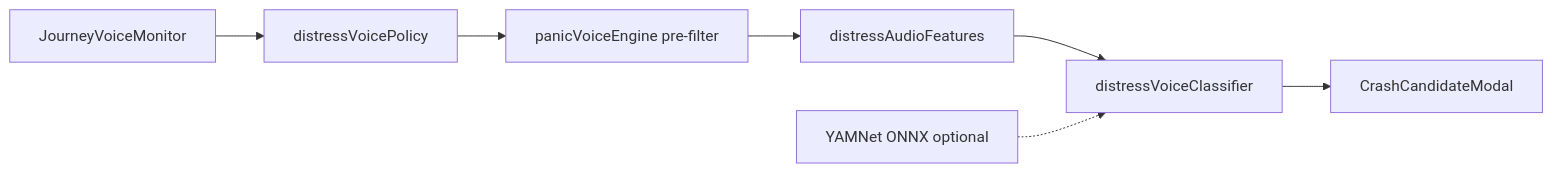
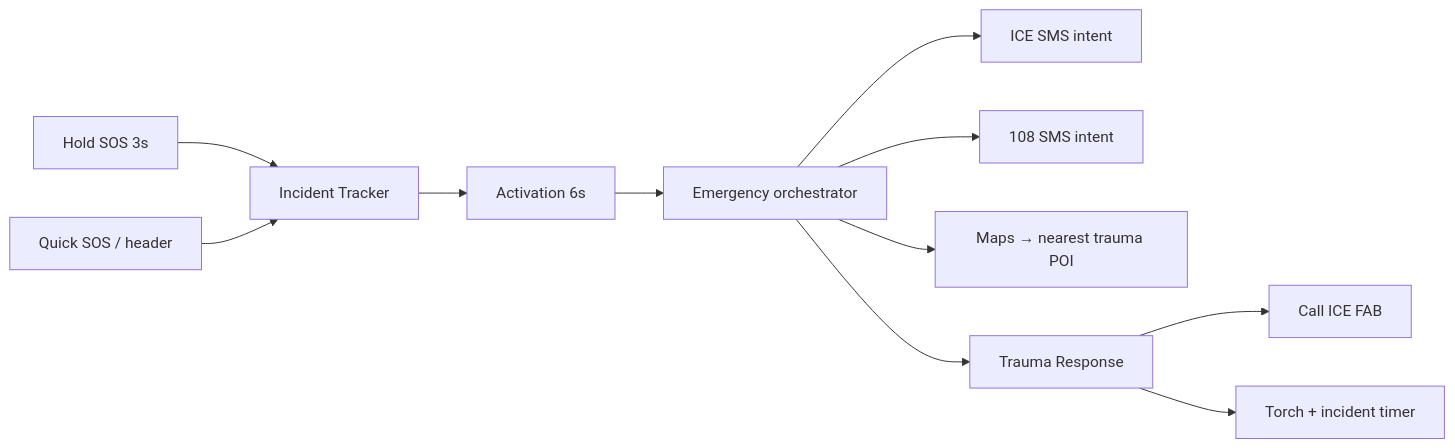
The diagram in novadrive-mobile/README.md (Stormynubee/novadrive), drawn with Mermaid before and after one commit. The commit also changed other lines of this file and 18 other files, not shown here.

````diff
--- a/novadrive-mobile/README.md
+++ b/novadrive-mobile/README.md
@@ -98,9 +59,13 @@
 ```mermaid
 flowchart LR
-  mic[JourneyVoiceMonitor] --> policy[distressVoicePolicy]
-  policy --> pre[panicVoiceEngine pre-filter]
-  pre --> spectral[distressAudioFeatures]
-  spectral --> clf[distressVoiceClassifier]
-  yamnet[YAMNet ONNX optional] -.-> clf
-  clf --> modal[CrashCandidateModal]
+  hold[Hold SOS 3s] --> pick[Incident Tracker]
+  quick[Quick SOS / header] --> pick
+  pick --> act[Activation 6s]
+  act --> orch[Emergency orchestrator]
+  orch --> ice[ICE SMS intent]
+  orch --> sms108[108 SMS intent]
+  orch --> maps[Maps → nearest trauma POI]
+  orch --> trauma[Trauma Response]
+  trauma --> iceFab[Call ICE FAB]
+  trauma --> torch[Torch + incident timer]
 ```
````
